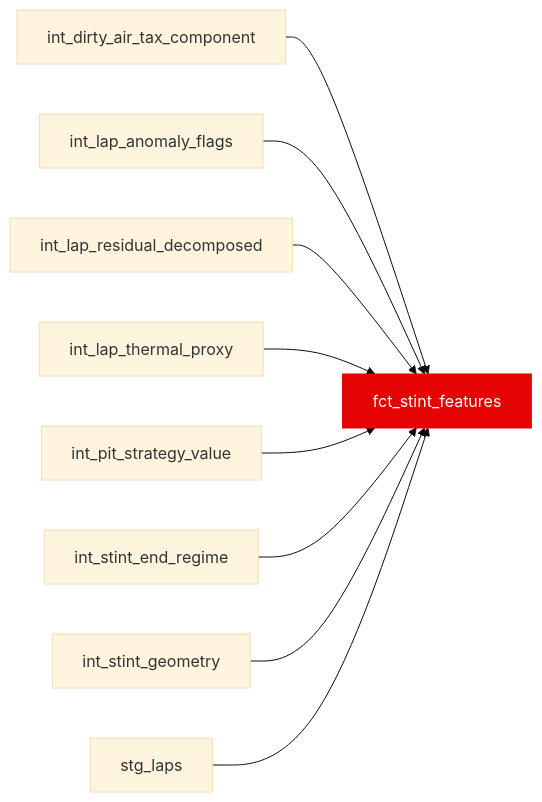
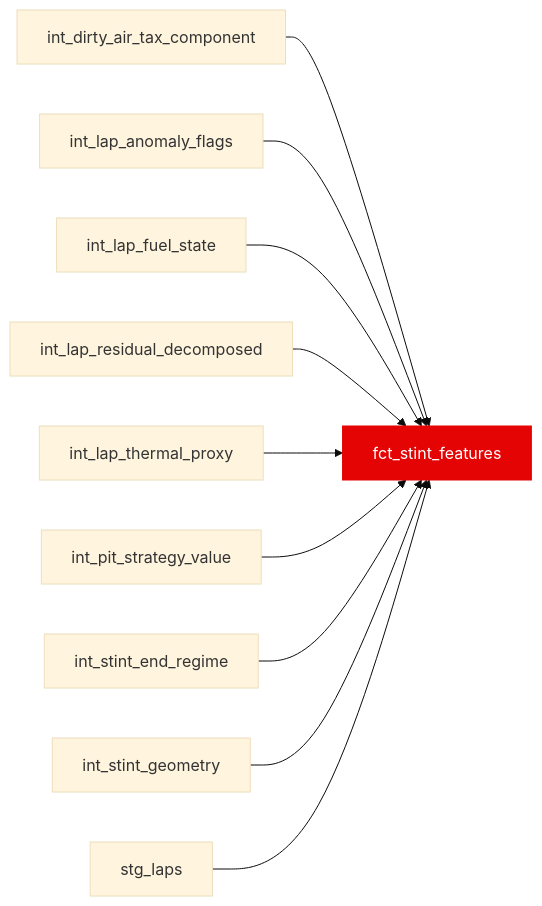
Before and after one commit to JustinClarke/off-the-pace: the diagram in docs/reference/models/fct/fct_stint_features.mdx, drawn with Mermaid (base theme). The commit also changed other lines of this file and 286 other files, not shown here.

````diff
--- a/docs/reference/models/fct/fct_stint_features.mdx
+++ b/docs/reference/models/fct/fct_stint_features.mdx
@@ -15,12 +15,13 @@
 ```mermaid
 flowchart LR
   int_dirty_air_tax_component --> fct_stint_features
   int_lap_anomaly_flags --> fct_stint_features
+  int_lap_fuel_state --> fct_stint_features
   int_lap_residual_decomposed --> fct_stint_features
   int_lap_thermal_proxy --> fct_stint_features
   int_pit_strategy_value --> fct_stint_features
   int_stint_end_regime --> fct_stint_features
   int_stint_geometry --> fct_stint_features
   stg_laps --> fct_stint_features
   style fct_stint_features fill:#e40404,stroke:#e40404,color:#fff
 ```
````
